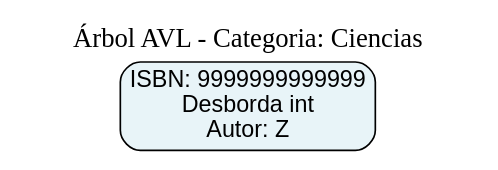
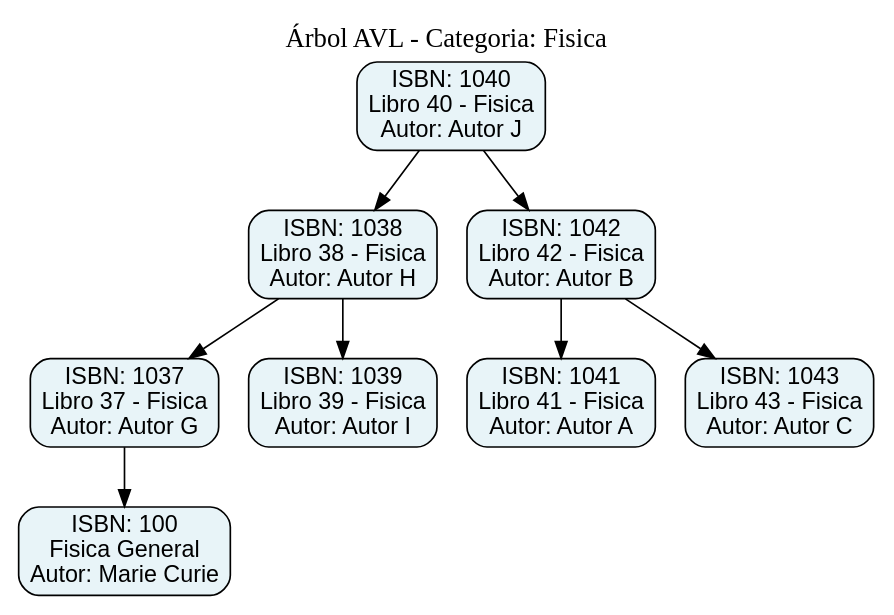
The diagram in Proyecto2/wwwroot/avl_temp.dot (4064998100101-cell/IPC2_Proy02_202602_202504191), drawn with Graphviz before and after one commit. The commit also changed 6 other files, not shown here.

```diff
--- a/Proyecto2/wwwroot/avl_temp.dot
+++ b/Proyecto2/wwwroot/avl_temp.dot
@@ -1,8 +1,22 @@
 digraph AVL {
    node [shape=box, style="rounded,filled", fillcolor="#e8f4f8", fontname="Arial"];
    edge [fontname="Arial"];
-   label="Árbol AVL - Categoria: Ciencias\n";
+   label="Árbol AVL - Categoria: Fisica\n";
    labelloc="top";
    fontsize=16;
-   isbn_9999999999999 [label="ISBN: 9999999999999\nDesborda int\nAutor: Z"];
+   isbn_1040 [label="ISBN: 1040\nLibro 40 - Fisica\nAutor: Autor J"];
+   isbn_1040 -> isbn_1038;
+   isbn_1038 [label="ISBN: 1038\nLibro 38 - Fisica\nAutor: Autor H"];
+   isbn_1038 -> isbn_1037;
+   isbn_1037 [label="ISBN: 1037\nLibro 37 - Fisica\nAutor: Autor G"];
+   isbn_1037 -> isbn_100;
+   isbn_100 [label="ISBN: 100\nFisica General\nAutor: Marie Curie"];
+   isbn_1038 -> isbn_1039;
+   isbn_1039 [label="ISBN: 1039\nLibro 39 - Fisica\nAutor: Autor I"];
+   isbn_1040 -> isbn_1042;
+   isbn_1042 [label="ISBN: 1042\nLibro 42 - Fisica\nAutor: Autor B"];
+   isbn_1042 -> isbn_1041;
+   isbn_1041 [label="ISBN: 1041\nLibro 41 - Fisica\nAutor: Autor A"];
+   isbn_1042 -> isbn_1043;
+   isbn_1043 [label="ISBN: 1043\nLibro 43 - Fisica\nAutor: Autor C"];
 }
```
